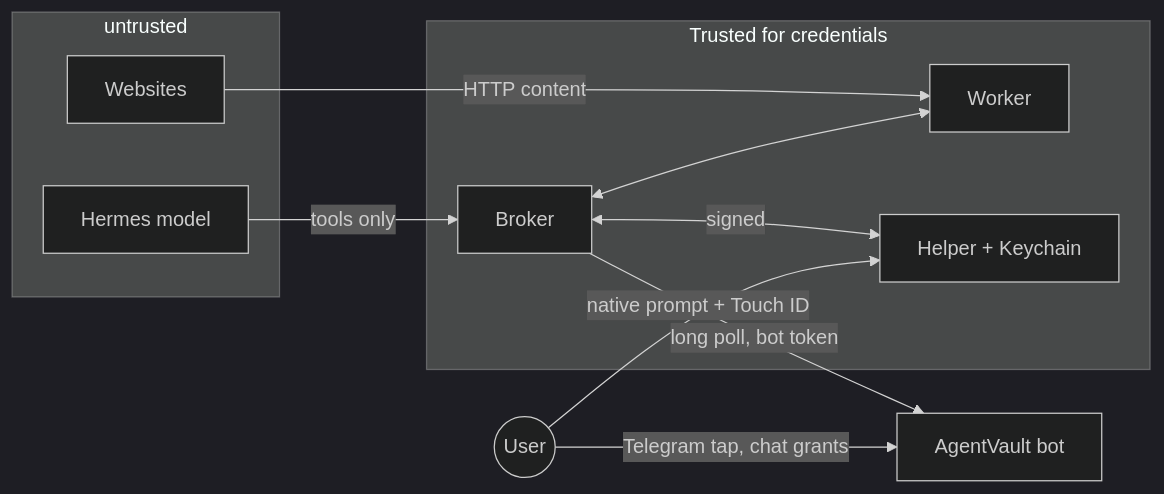
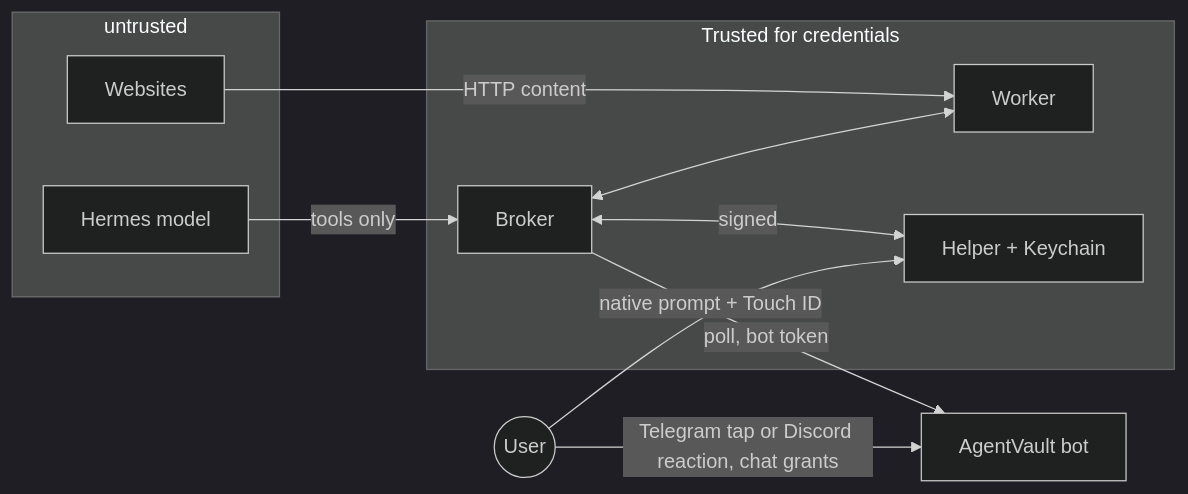
The diagram in docs/threat-model.md (wezzcoetzee/hermes-password-manager), drawn with Mermaid (dark theme) before and after one commit. The commit also changed other lines of this file and 22 other files, not shown here.

First line of the commit message:
feat: Discord as a chat approval channel

````diff
--- a/docs/threat-model.md
+++ b/docs/threat-model.md
@@ -25,19 +25,19 @@
 ```mermaid
 flowchart LR
   subgraph untrusted
     MODEL[Hermes model]
     SITE[Websites]
   end
   MODEL -->|tools only| BROKER
   SITE -->|HTTP content| WORKER
   subgraph TCB[Trusted for credentials]
     BROKER[Broker]
     WORKER[Worker]
     HELPER[Helper + Keychain]
   end
   BROKER <--> WORKER
   BROKER <-->|signed| HELPER
   HUMAN((User)) -->|native prompt + Touch ID| HELPER
-  HUMAN -->|Telegram tap, chat grants| TG[AgentVault bot]
-  BROKER -->|long poll, bot token| TG
+  HUMAN -->|Telegram tap or Discord reaction, chat grants| TG[AgentVault bot]
+  BROKER -->|poll, bot token| TG
 ```
````
